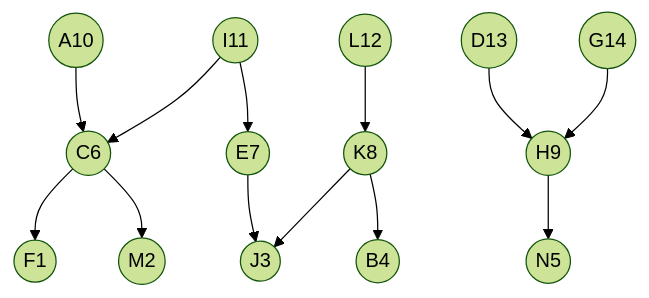
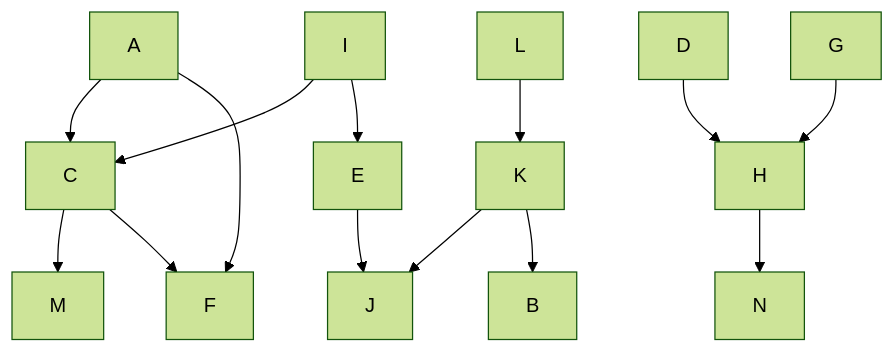
One commit to HSE-algo-23-crow/manual_tasks changed the third of 3 diagrams in task_9/girls_task_9.md. Above: the diagram before and after it, drawn with Mermaid (forest theme). The commit also changed other lines of this file, not shown here.

Commit message:
Решение 9 задачи. Вариант 3. Оптимальное расписание. Лексикографическая стратегия/Уровневая стратегия

````diff
--- a/task_9/girls_task_9.md
+++ b/task_9/girls_task_9.md
@@ -51,14 +51,16 @@
 ```mermaid
 graph 
-A((A10))-->C((C6))-->F((F1))
-C((C6))-->M((M2))
-I((I11))-->C((C6))
-L((L12))--> K((K8))
-I((I11))-->E((E7))
-E((E7))-->J((J3))
-K((K8))-->J((J3))
-K((K8))-->B((B4))
-D((D13))-->H((H9))
-G((G14))-->H((H9))
-H((H9))-->N((N5))
+A --> C
+A --> F
+C --> M
+I --> C
+L --> K
+I --> E
+E --> J
+K --> J
+K --> B
+D --> H
+G --> H
+H --> N
+C --> F
 ```
````
